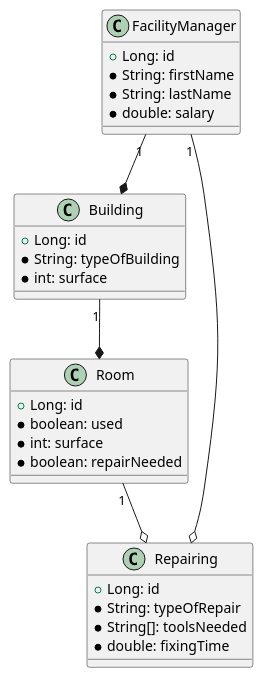
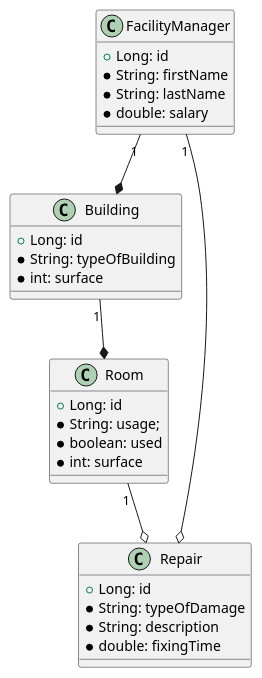
Before and after one commit to 2122-5ahitm-sew/01-microproject-kalinkesilvio: the diagram in asciidocs/plantuml/cld.puml, drawn with PlantUML. The commit also changed 2 other files, not shown here.

Commit message:
Repair entity implemented

```diff
--- a/asciidocs/plantuml/cld.puml
+++ b/asciidocs/plantuml/cld.puml
@@ -1,35 +1,35 @@
 @startuml
 
 class FacilityManager {
     + Long: id
     * String: firstName
     * String: lastName
     * double: salary
 }
 
 class Building {
     + Long: id
     * String: typeOfBuilding
     * int: surface
 }
 
 class Room {
     + Long: id
+    * String: usage;
     * boolean: used
     * int: surface
-    * boolean: repairNeeded
 }
 
-class Repairing {
+class Repair {
     + Long: id
-    * String: typeOfRepair
-    * String[]: toolsNeeded
+    * String: typeOfDamage
+    * String: description
     * double: fixingTime
 }
 
 FacilityManager "1" --* Building
 Building "1" --* Room
-Room "1" --o Repairing
-FacilityManager "1" --o Repairing
+Room "1" --o Repair
+FacilityManager "1" --o Repair
 
 @enduml
```
